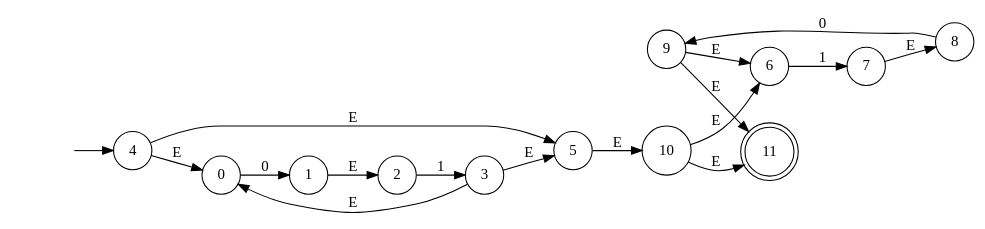
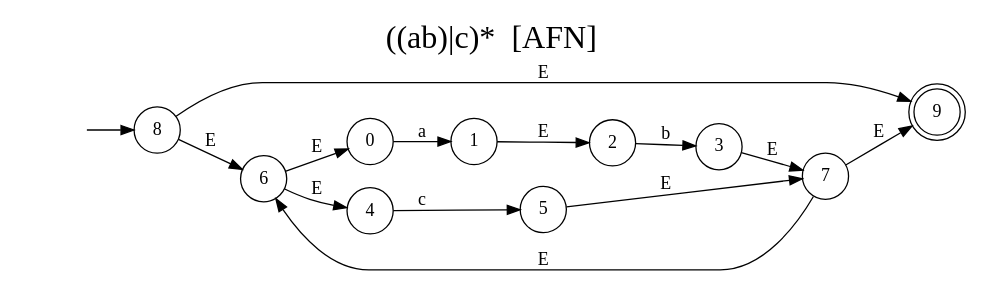
Before and after one commit to CrisLayB/ProgrammingLanguageDesign: the diagram in docs/automataAFN.dot, drawn with Graphviz. The commit also changed 9 other files, not shown here.

```diff
--- a/docs/automataAFN.dot
+++ b/docs/automataAFN.dot
@@ -1,26 +1,26 @@
-digraph "Resultado Automata" {
+digraph "Resultado Automata AFN" {
+label = "((ab)|c)*  [AFN]"
+labelloc  =  t
+fontsize  = 25
 rankdir=LR size="8,5"
 node [shape=doublecircle]
-11
+9
 node [shape=circle]
-4
+8
 node [shape=none]
 ""
-""-> 4 [label=""]
+""-> 8 [label=""]
 node [shape=circle]
-0 -> 1[label="0"]
-2 -> 3[label="1"]
+0 -> 1[label="a"]
+2 -> 3[label="b"]
 1 -> 2[label="E"]
-3 -> 0[label="E"]
-4 -> 5[label="E"]
-4 -> 0[label="E"]
-3 -> 5[label="E"]
-6 -> 7[label="1"]
-8 -> 9[label="0"]
-7 -> 8[label="E"]
-9 -> 6[label="E"]
-10 -> 11[label="E"]
-10 -> 6[label="E"]
-9 -> 11[label="E"]
-5 -> 10[label="E"]
+4 -> 5[label="c"]
+6 -> 0[label="E"]
+6 -> 4[label="E"]
+3 -> 7[label="E"]
+5 -> 7[label="E"]
+7 -> 6[label="E"]
+8 -> 9[label="E"]
+8 -> 6[label="E"]
+7 -> 9[label="E"]
 }
```
